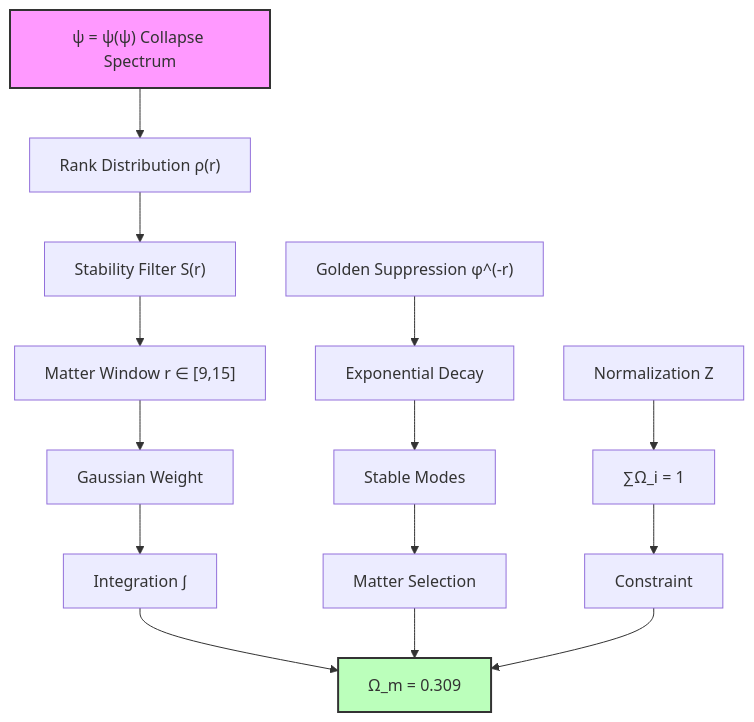
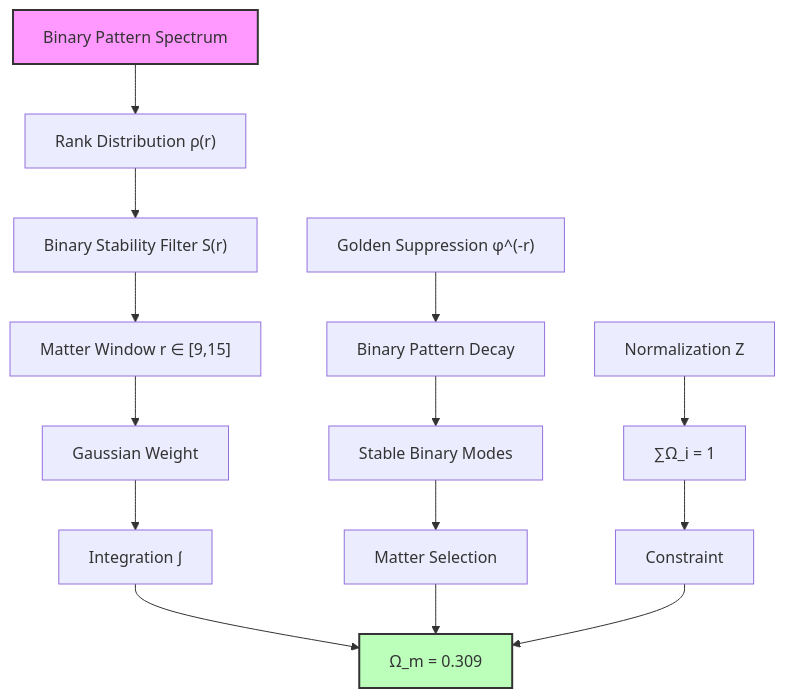
Before and after one commit to loning/the-phys: the first of 2 diagrams in docs/psi-constants/part-04-collapse-cosmology/chapter-055-rank-spectrum-integral-omega-parameters.md, drawn with Mermaid. The commit also changed other lines of this file and 1 other file, not shown here.

````diff
--- a/docs/psi-constants/part-04-collapse-cosmology/chapter-055-rank-spectrum-integral-omega-parameters.md
+++ b/docs/psi-constants/part-04-collapse-cosmology/chapter-055-rank-spectrum-integral-omega-parameters.md
@@ -84,21 +98,21 @@
 ```mermaid
 graph TD
-    A["ψ = ψ(ψ) Collapse Spectrum"] --> B["Rank Distribution ρ(r)"]
-    B --> C["Stability Filter S(r)"]
+    A["Binary Pattern Spectrum"] --> B["Rank Distribution ρ(r)"]
+    B --> C["Binary Stability Filter S(r)"]
     C --> D["Matter Window r ∈ [9,15]"]
     D --> E["Gaussian Weight"]
     E --> F["Integration ∫"]
     F --> G["Ω_m = 0.309"]
     
-    H["Golden Suppression φ^(-r)"] --> I["Exponential Decay"]
-    I --> J["Stable Modes"]
+    H["Golden Suppression φ^(-r)"] --> I["Binary Pattern Decay"]
+    I --> J["Stable Binary Modes"]
     J --> K["Matter Selection"]
     K --> G
     
     L["Normalization Z"] --> M["∑Ω_i = 1"]
     M --> N["Constraint"]
     N --> G
     
     style A fill:#f9f,stroke:#333,stroke-width:2px
     style G fill:#bfb,stroke:#333,stroke-width:2px
 ```
````
